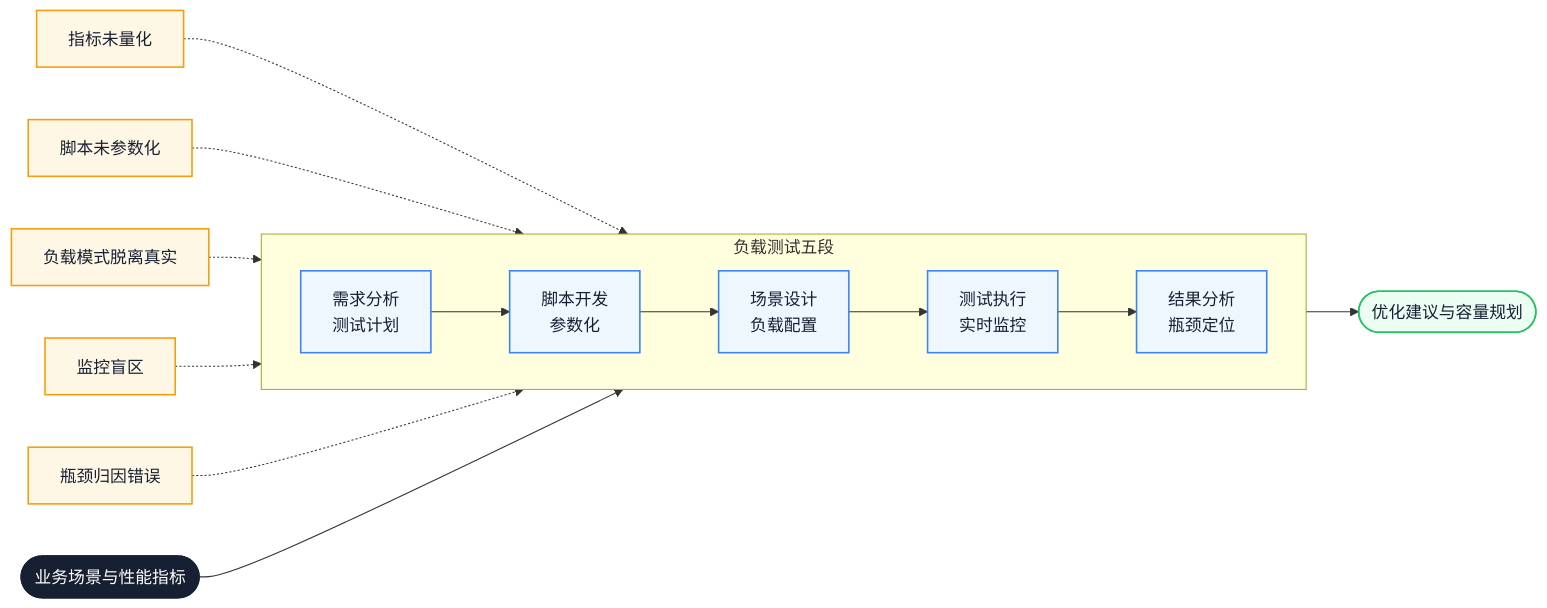
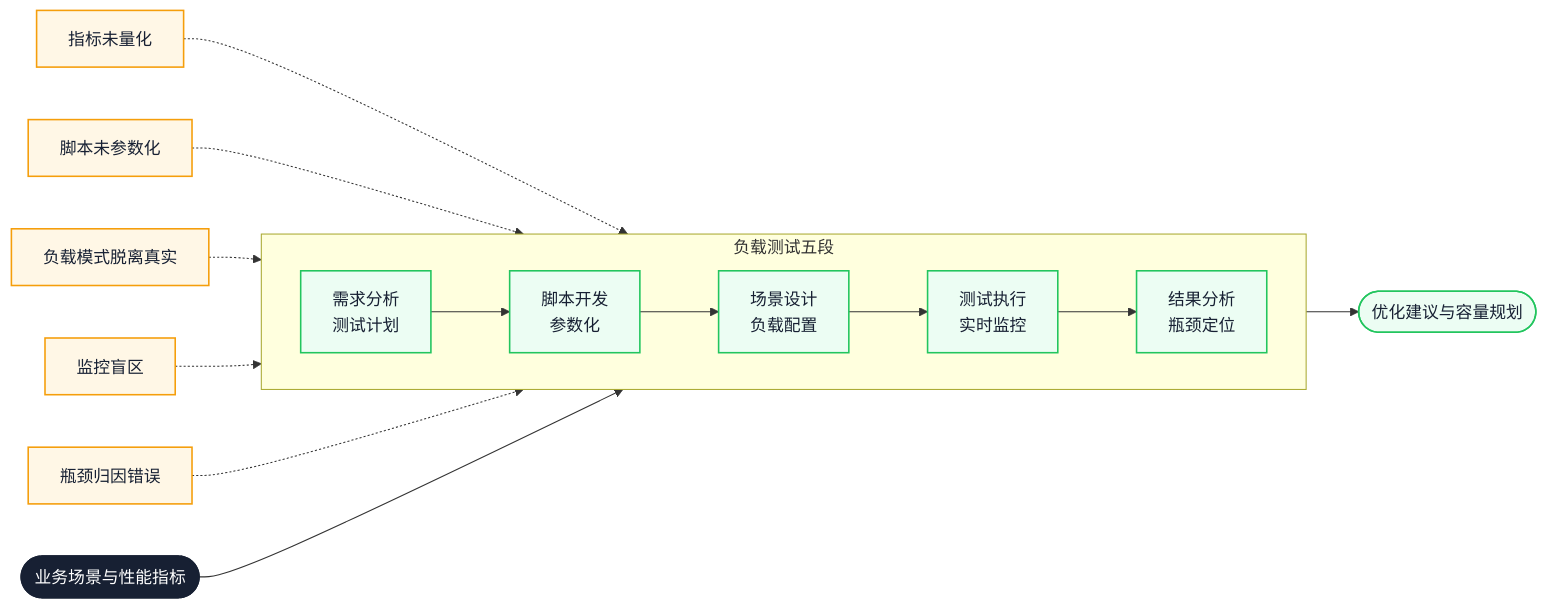
The first of 4 diagrams in docs/testing/load-testing-practice.md (Fatejian/frontier-vault), drawn with Mermaid before and after one commit. The commit also changed other lines of this file and 41 other files, not shown here.

````diff
--- a/docs/testing/load-testing-practice.md
+++ b/docs/testing/load-testing-practice.md
@@ -66,35 +60,32 @@
 ```mermaid
-%%{init: {'theme': 'base', 'themeVariables': { 'fontFamily': 'Inter, PingFang SC, Microsoft YaHei, sans-serif', 'primaryColor': '#F8FAFC', 'primaryTextColor': '#172033', 'primaryBorderColor': '#CBD5E1', 'lineColor': '#64748B, 'fontSize': '13px'}}}%%
 flowchart LR
     Start([业务场景与性能指标])
 
     subgraph Pipeline[负载测试五段]
         direction LR
         S1[需求分析<br/>测试计划]
         S2[脚本开发<br/>参数化]
         S3[场景设计<br/>负载配置]
         S4[测试执行<br/>实时监控]
         S5[结果分析<br/>瓶颈定位]
         S1 --> S2 --> S3 --> S4 --> S5
     end
 
     End([优化建议与容量规划])
 
     Start --> Pipeline --> End
 
     P1[指标未量化] -.-> S1
     P2[脚本未参数化] -.-> S2
     P3[负载模式脱离真实] -.-> S3
     P4[监控盲区] -.-> S4
     P5[瓶颈归因错误] -.-> S5
 
-    classDef start fill:#172033,color:#fff,stroke:#172033,stroke-width:2px;
-    classDef stage fill:#EEF6FF,stroke:#3B82F6,color:#172033,stroke-width:1.5px;
-    classDef pitfall fill:#FFF7E6,stroke:#F59E0B,color:#172033,stroke-width:1.5px;
-    classDef ending fill:#ECFDF3,stroke:#22C55E,color:#172033,stroke-width:1.5px;
+    classDef core fill:#172033,color:#fff,stroke:#172033,stroke-width:2px;
+    classDef work fill:#ECFDF3,stroke:#22C55E,color:#172033,stroke-width:1.5px;
+    classDef block fill:#FFF7E6,stroke:#F59E0B,color:#172033,stroke-width:1.5px;
 
-    class Start start;
-    class S1,S2,S3,S4,S5 stage;
-    class P1,P2,P3,P4,P5 pitfall;
-    class End ending;
+    class Start core;
+    class S1,S2,S3,S4,S5,End work;
+    class P1,P2,P3,P4,P5 block;
 ```
````
